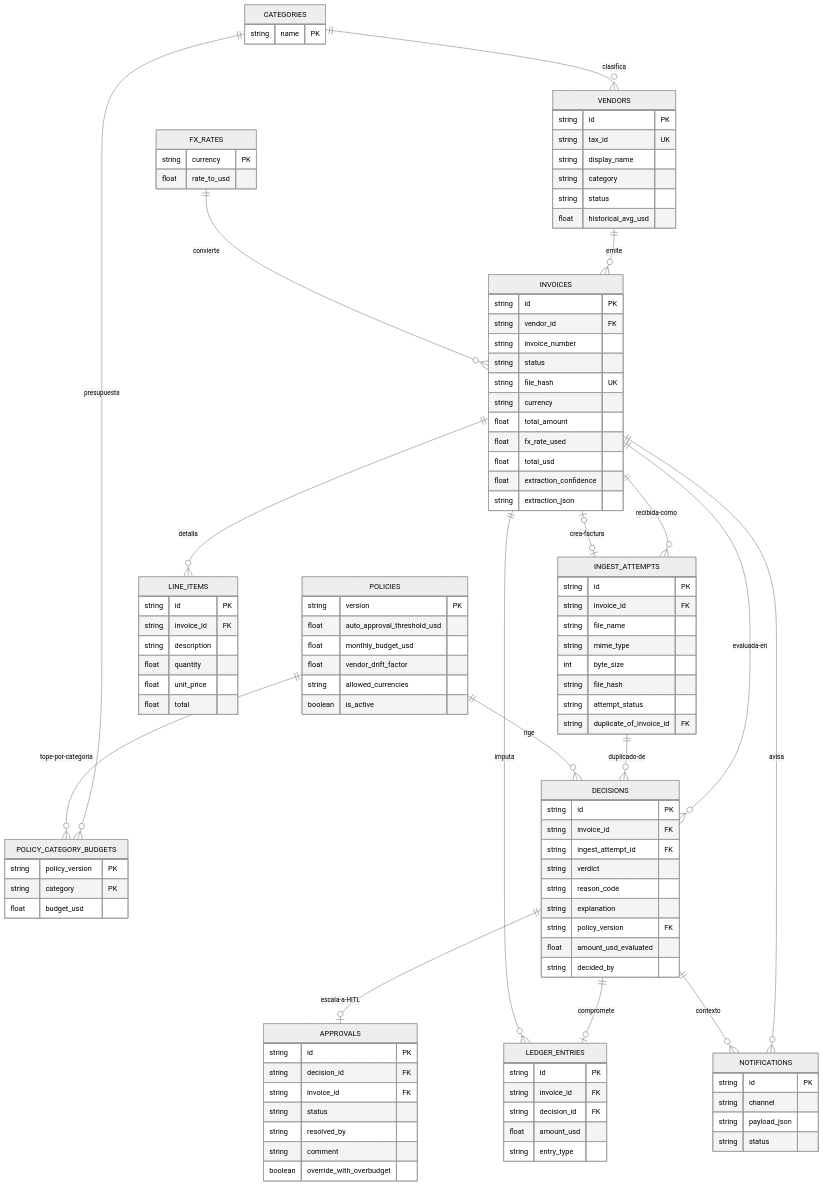
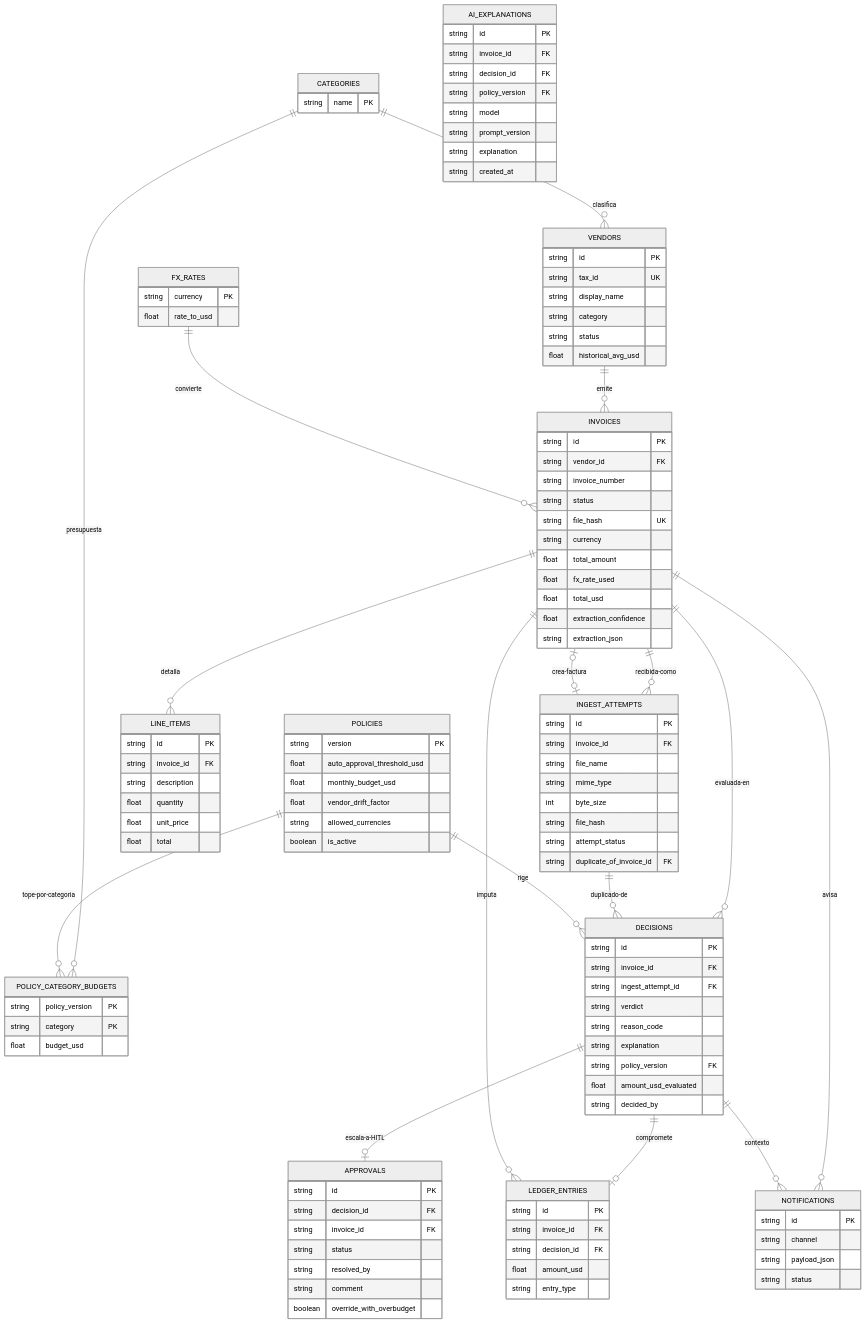
Before and after one commit to d4sf/faktur: the diagram in diagramas/er.mmd, drawn with Mermaid (neutral theme). The commit also changed 3 other files, not shown here.

Commit message:
docs: document ai_explanations table and ai explanation adr

```diff
--- a/diagramas/er.mmd
+++ b/diagramas/er.mmd
@@ -1,110 +1,120 @@
 erDiagram
     CATEGORIES ||--o{ VENDORS : "clasifica"
     CATEGORIES ||--o{ POLICY_CATEGORY_BUDGETS : "presupuesta"
     VENDORS ||--o{ INVOICES : "emite"
     INVOICES ||--o{ INGEST_ATTEMPTS : "recibida-como"
     INGEST_ATTEMPTS o|--o| INVOICES : "crea-factura"
     INVOICES ||--o{ LINE_ITEMS : "detalla"
     INVOICES ||--o{ DECISIONS : "evaluada-en"
     INGEST_ATTEMPTS ||--o{ DECISIONS : "duplicado-de"
     POLICIES ||--o{ DECISIONS : "rige"
     POLICIES ||--o{ POLICY_CATEGORY_BUDGETS : "tope-por-categoria"
     DECISIONS ||--o| APPROVALS : "escala-a-HITL"
     DECISIONS ||--o| LEDGER_ENTRIES : "compromete"
     INVOICES ||--o{ LEDGER_ENTRIES : "imputa"
     INVOICES ||--o{ NOTIFICATIONS : "avisa"
     DECISIONS ||--o{ NOTIFICATIONS : "contexto"
     FX_RATES ||--o{ INVOICES : "convierte"
 
     CATEGORIES {
         string name PK
     }
     VENDORS {
         string id PK
         string tax_id UK
         string display_name
         string category
         string status
         float historical_avg_usd
     }
     INVOICES {
         string id PK
         string vendor_id FK
         string invoice_number
         string status
         string file_hash UK
         string currency
         float total_amount
         float fx_rate_used
         float total_usd
         float extraction_confidence
         string extraction_json
     }
     INGEST_ATTEMPTS {
         string id PK
         string invoice_id FK
         string file_name
         string mime_type
         int byte_size
         string file_hash
         string attempt_status
         string duplicate_of_invoice_id FK
     }
     LINE_ITEMS {
         string id PK
         string invoice_id FK
         string description
         float quantity
         float unit_price
         float total
     }
     POLICIES {
         string version PK
         float auto_approval_threshold_usd
         float monthly_budget_usd
         float vendor_drift_factor
         string allowed_currencies
         boolean is_active
     }
     POLICY_CATEGORY_BUDGETS {
         string policy_version PK
         string category PK
         float budget_usd
     }
     FX_RATES {
         string currency PK
         float rate_to_usd
     }
     DECISIONS {
         string id PK
         string invoice_id FK
         string ingest_attempt_id FK
         string verdict
         string reason_code
         string explanation
         string policy_version FK
         float amount_usd_evaluated
         string decided_by
     }
     APPROVALS {
         string id PK
         string decision_id FK
         string invoice_id FK
         string status
         string resolved_by
         string comment
         boolean override_with_overbudget
     }
     LEDGER_ENTRIES {
         string id PK
         string invoice_id FK
         string decision_id FK
         float amount_usd
         string entry_type
     }
     NOTIFICATIONS {
         string id PK
         string channel
         string payload_json
         string status
     }
+    AI_EXPLANATIONS {
+        string id PK
+        string invoice_id FK
+        string decision_id FK
+        string policy_version FK
+        string model
+        string prompt_version
+        string explanation
+        string created_at
+    }
```
